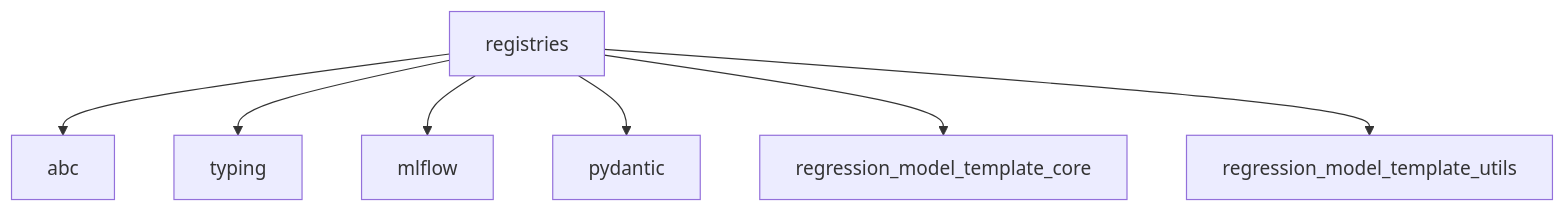
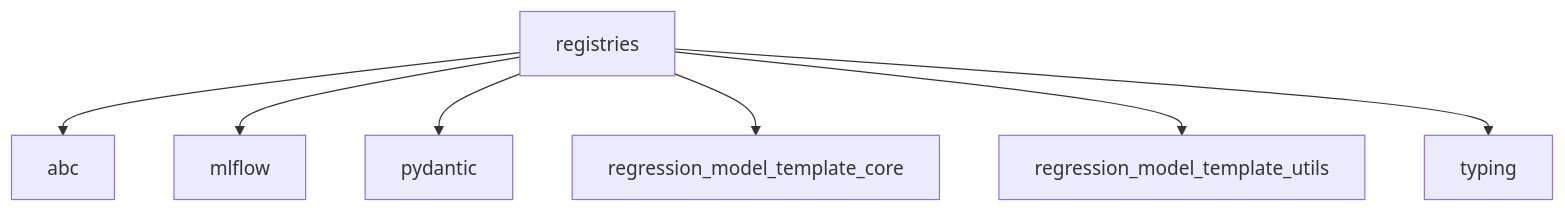
The second of 2 diagrams in wiki/registries.md (lgcorzo/mlops-python-package), drawn with Mermaid before and after one commit. The commit also changed other lines of this file and 31 other files, not shown here.

````diff
--- a/wiki/registries.md
+++ b/wiki/registries.md
@@ -60,9 +75,10 @@
 ```mermaid
 flowchart TD
+
     registries --> abc
-    registries --> typing
     registries --> mlflow
     registries --> pydantic
     registries --> regression_model_template_core
     registries --> regression_model_template_utils
+    registries --> typing
 ```
````
